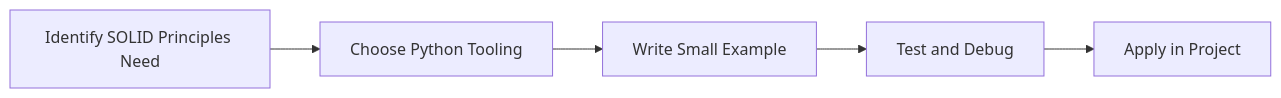
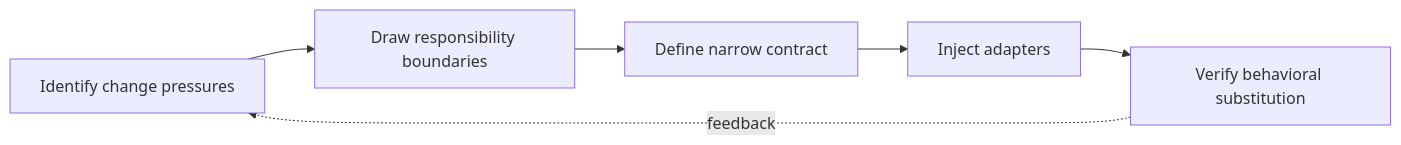
Before and after one commit to SYMOIZ/E-Learning-Portal: the diagram in Python-Mastery/Advanced/04-solid-principles.md, drawn with Mermaid. The commit also changed other lines of this file and 116 other files, not shown here.

````diff
--- a/Python-Mastery/Advanced/04-solid-principles.md
+++ b/Python-Mastery/Advanced/04-solid-principles.md
@@ -150,7 +154,8 @@
 ```mermaid
 flowchart LR
-    A[Identify SOLID Principles Need] --> B[Choose Python Tooling]
-    B --> C[Write Small Example]
-    C --> D[Test and Debug]
-    D --> E[Apply in Project]
+    A[Identify change pressures] --> B[Draw responsibility boundaries]
+    B --> C[Define narrow contract]
+    C --> D[Inject adapters]
+    D --> E[Verify behavioral substitution]
+    E -. feedback .-> A
 ```
````
